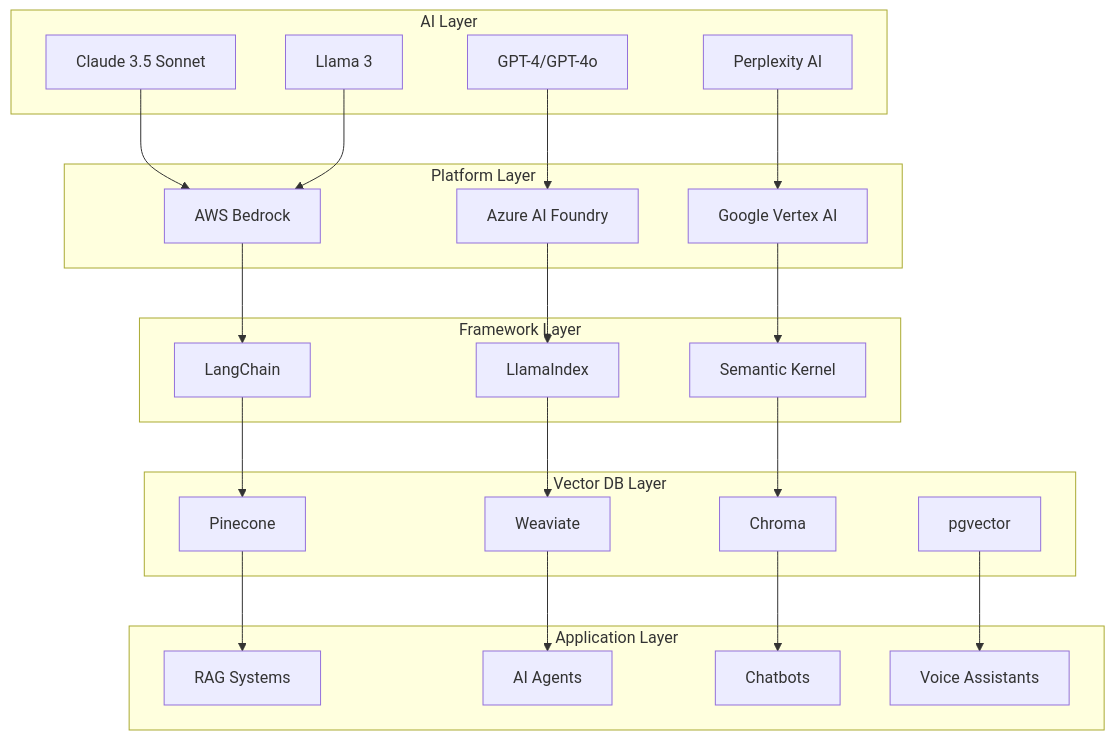
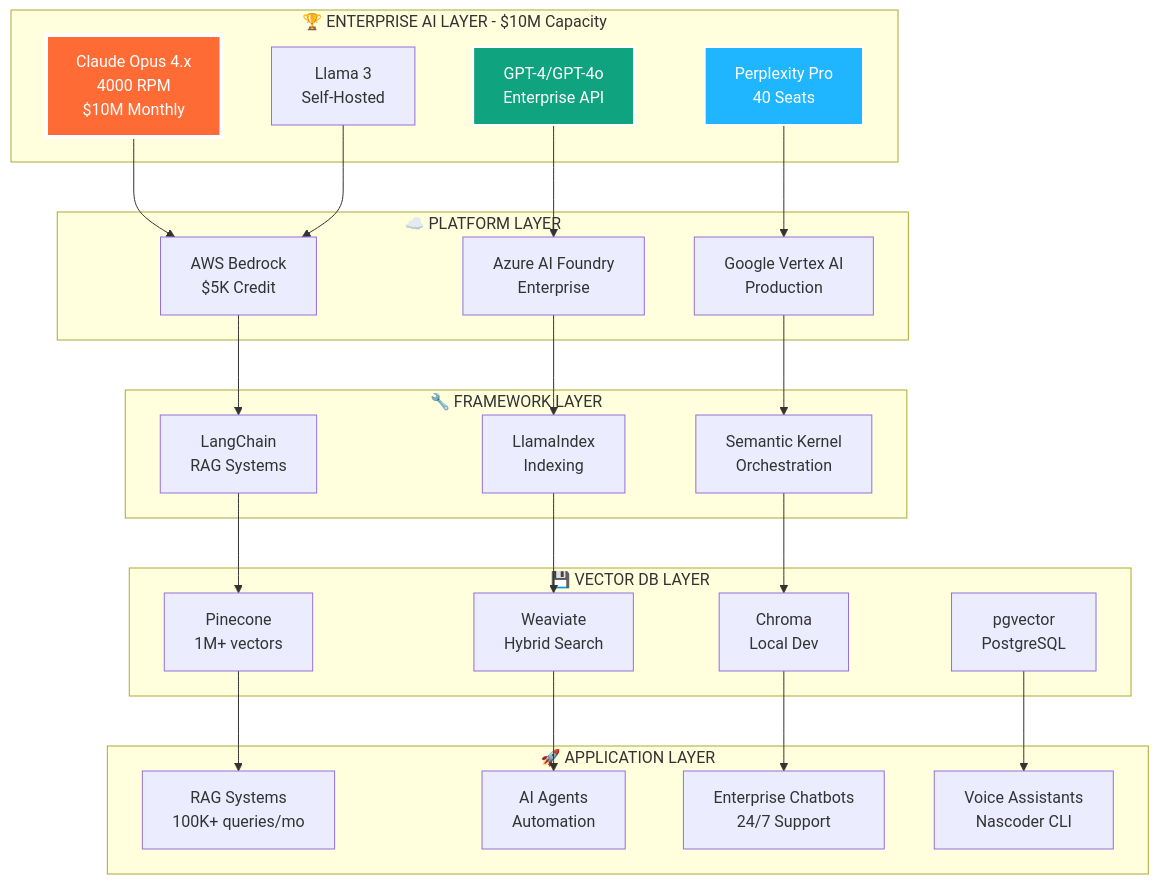
The diagram in README.md (freelancernasimofficial/freelancernasimofficial), drawn with Mermaid before and after one commit. The commit also changed other lines of this file, not shown here.

First line of the commit message:
📅 Update to December 2025 - Latest enterprise credentials showcase

````diff
--- a/README.md
+++ b/README.md
@@ -388,53 +506,57 @@
 ```mermaid
 graph TB
-    subgraph "AI Layer"
-        Claude[Claude 3.5 Sonnet]
-        GPT[GPT-4/GPT-4o]
-        Perplexity[Perplexity AI]
-        Llama[Llama 3]
+    subgraph "🏆 ENTERPRISE AI LAYER - $10M Capacity"
+        Claude[Claude Opus 4.x<br/>4000 RPM<br/>$10M Monthly]
+        GPT[GPT-4/GPT-4o<br/>Enterprise API]
+        Perplexity[Perplexity Pro<br/>40 Seats]
+        Llama[Llama 3<br/>Self-Hosted]
     end
 
-    subgraph "Platform Layer"
-        Bedrock[AWS Bedrock]
-        Azure[Azure AI Foundry]
-        Vertex[Google Vertex AI]
+    subgraph "☁️ PLATFORM LAYER"
+        Bedrock[AWS Bedrock<br/>$5K Credit]
+        Azure[Azure AI Foundry<br/>Enterprise]
+        Vertex[Google Vertex AI<br/>Production]
     end
 
-    subgraph "Framework Layer"
-        LangChain[LangChain]
-        LlamaIndex[LlamaIndex]
-        Semantic[Semantic Kernel]
+    subgraph "🔧 FRAMEWORK LAYER"
+        LangChain[LangChain<br/>RAG Systems]
+        LlamaIndex[LlamaIndex<br/>Indexing]
+        Semantic[Semantic Kernel<br/>Orchestration]
     end
 
-    subgraph "Vector DB Layer"
-        Pinecone[Pinecone]
-        Weaviate[Weaviate]
-        Chroma[Chroma]
-        PGVector[pgvector]
+    subgraph "💾 VECTOR DB LAYER"
+        Pinecone[Pinecone<br/>1M+ vectors]
+        Weaviate[Weaviate<br/>Hybrid Search]
+        Chroma[Chroma<br/>Local Dev]
+        PGVector[pgvector<br/>PostgreSQL]
     end
 
-    subgraph "Application Layer"
-        RAG[RAG Systems]
-        Agents[AI Agents]
-        Chatbots[Chatbots]
-        Voice[Voice Assistants]
+    subgraph "🚀 APPLICATION LAYER"
+        RAG[RAG Systems<br/>100K+ queries/mo]
+        Agents[AI Agents<br/>Automation]
+        Chatbots[Enterprise Chatbots<br/>24/7 Support]
+        Voice[Voice Assistants<br/>Nascoder CLI]
     end
 
     Claude --> Bedrock
     GPT --> Azure
     Perplexity --> Vertex
     Llama --> Bedrock
 
     Bedrock --> LangChain
     Azure --> LlamaIndex
     Vertex --> Semantic
 
     LangChain --> Pinecone
     LlamaIndex --> Weaviate
     Semantic --> Chroma
 
     Pinecone --> RAG
     Weaviate --> Agents
     Chroma --> Chatbots
     PGVector --> Voice
+
+    style Claude fill:#FF6B35,stroke:#fff,stroke-width:4px,color:#fff
+    style GPT fill:#10a37f,stroke:#fff,stroke-width:2px,color:#fff
+    style Perplexity fill:#1FB6FF,stroke:#fff,stroke-width:2px,color:#fff
 ```
````
